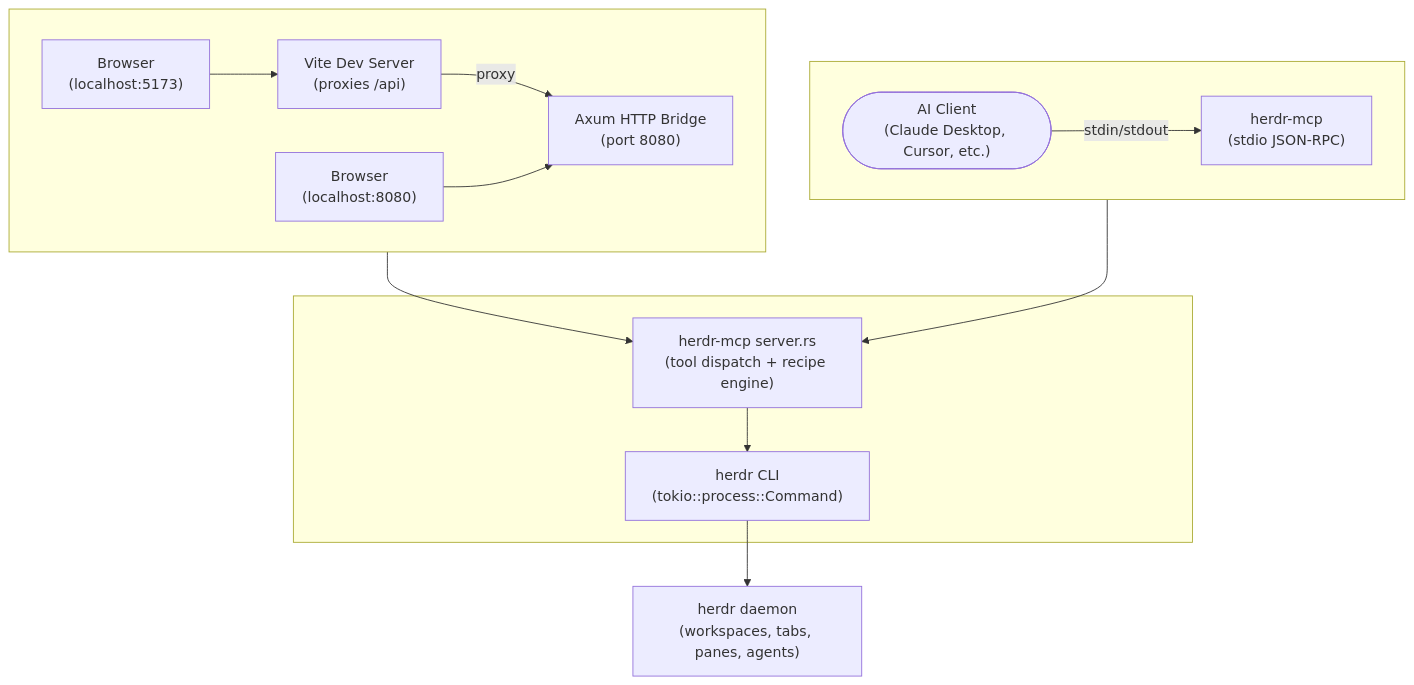
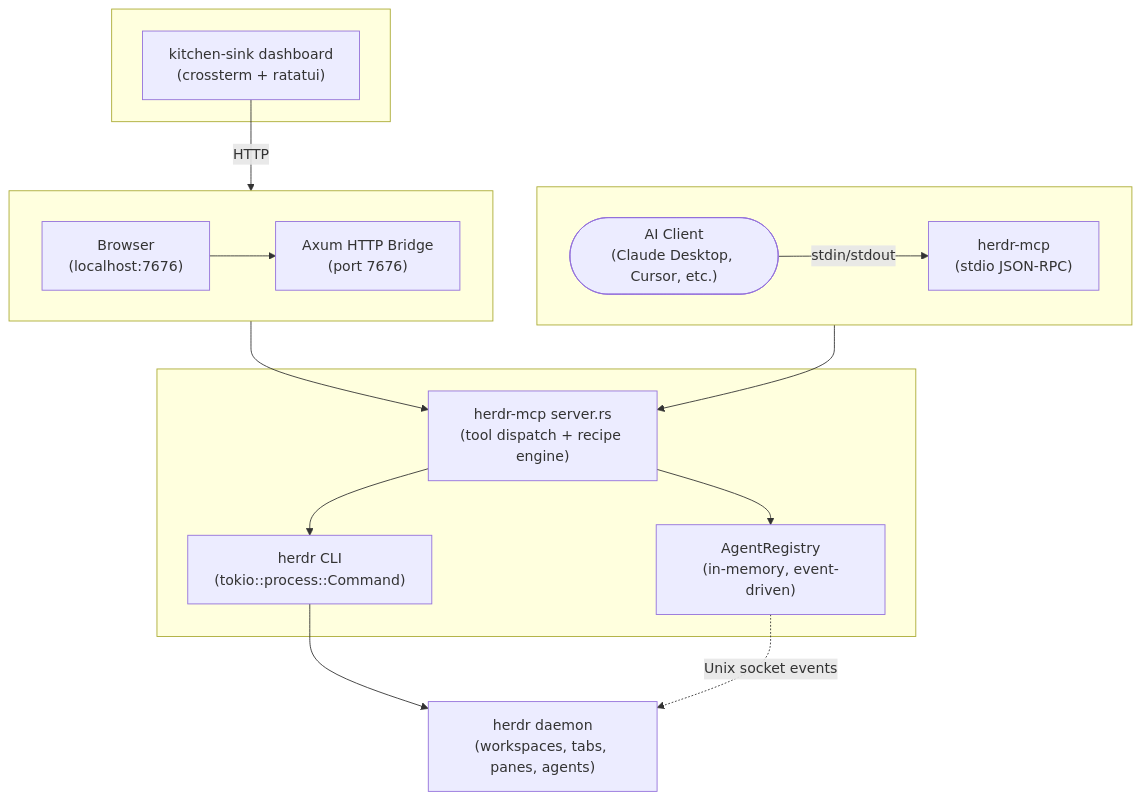
The diagram in README.md (eugeneb50/herdr-mcp), drawn with Mermaid before and after one commit. The commit also changed other lines of this file and 5 other files, not shown here.

````diff
--- a/README.md
+++ b/README.md
@@ -65,29 +74,34 @@
 ```mermaid
 graph TB
     subgraph MCP[" "]
         direction LR
         AI(["AI Client<br/>(Claude Desktop, Cursor, etc.)"])
         STDIO["herdr-mcp<br/>(stdio JSON-RPC)"]
         AI -- stdin/stdout --> STDIO
     end
 
     subgraph HTTP[" "]
         direction LR
-        B1["Browser<br/>(localhost:5173)"]
-        VITE["Vite Dev Server<br/>(proxies /api)"]
-        B2["Browser<br/>(localhost:8080)"]
-        AXUM["Axum HTTP Bridge<br/>(port 8080)"]
-        B1 --> VITE -- proxy --> AXUM
-        B2 --> AXUM
+        B1["Browser<br/>(localhost:7676)"]
+        AXUM["Axum HTTP Bridge<br/>(port 7676)"]
+        B1 --> AXUM
+    end
+
+    subgraph TUI[" "]
+        DASH["kitchen-sink dashboard<br/>(crossterm + ratatui)"]
     end
 
     subgraph CORE[" "]
         TOOL["herdr-mcp server.rs<br/>(tool dispatch + recipe engine)"]
         CLI["herdr CLI<br/>(tokio::process::Command)"]
+        REG["AgentRegistry<br/>(in-memory, event-driven)"]
     end
 
     STDIO --> TOOL
     AXUM --> TOOL
+    DASH -->|HTTP| AXUM
     TOOL --> CLI
+    TOOL --> REG
     CLI --> DAEMON["herdr daemon<br/>(workspaces, tabs, panes, agents)"]
+    REG -.->|Unix socket events| DAEMON
 ```
````
